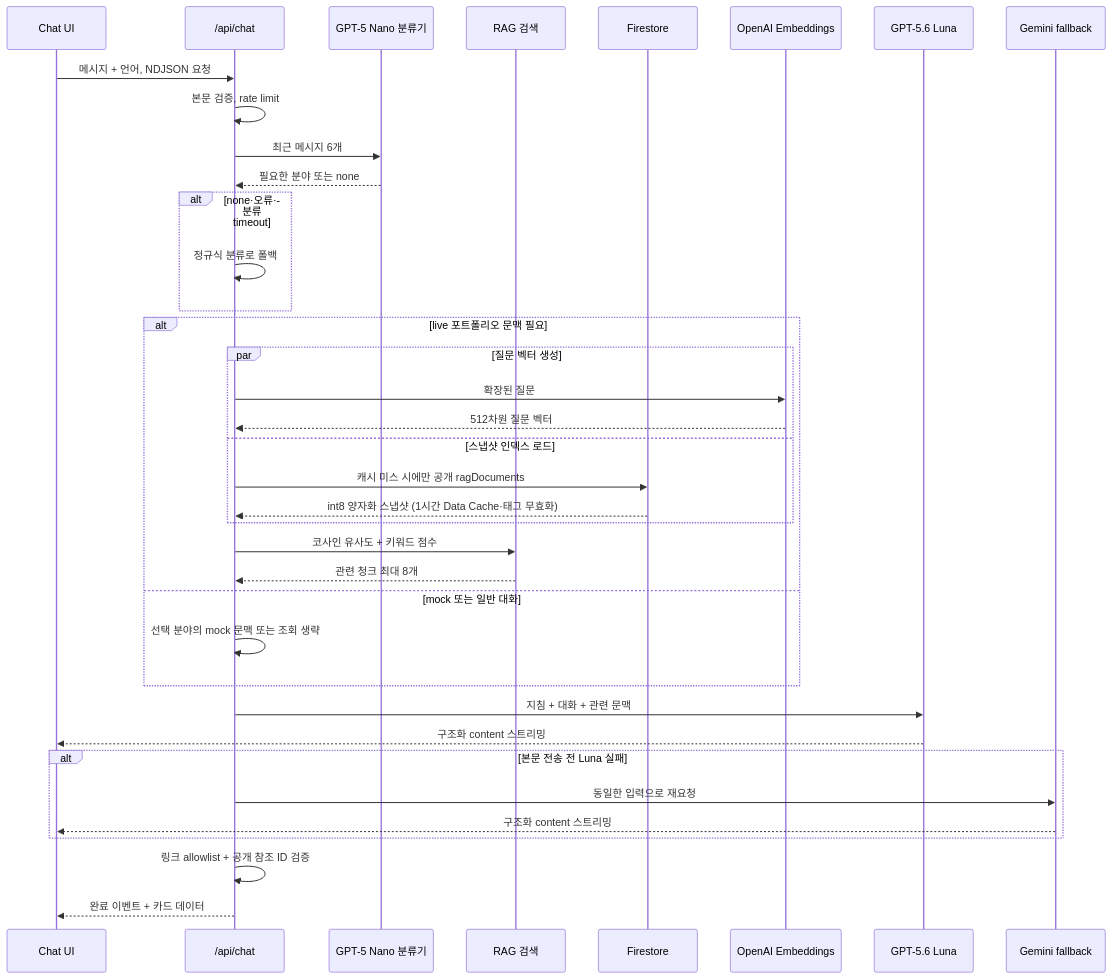
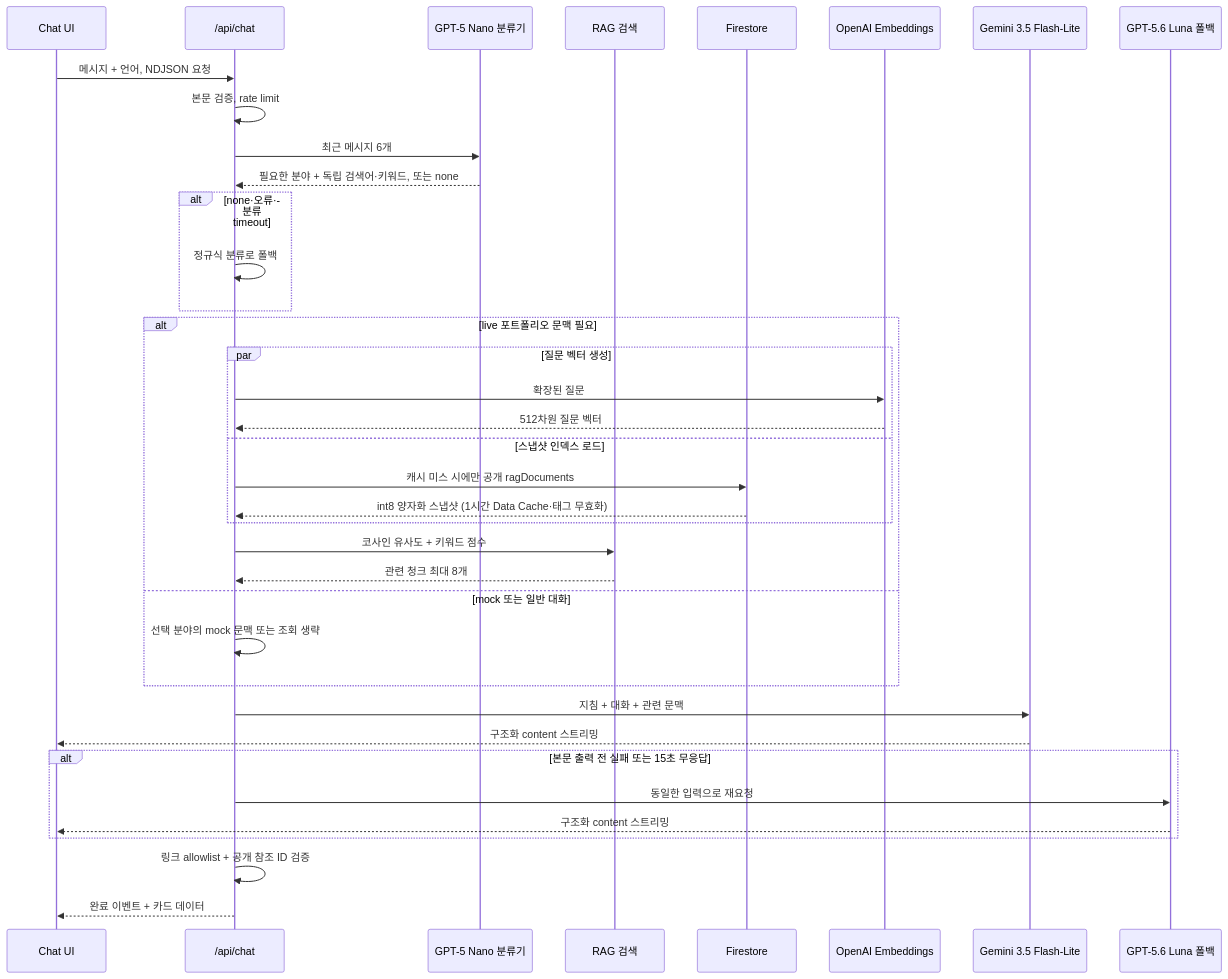
The second of 5 diagrams in docs/chatbot-search-architecture.md (SJLee-0525/aperture), drawn with Mermaid before and after one commit. The commit also changed other lines of this file, not shown here.

````diff
--- a/docs/chatbot-search-architecture.md
+++ b/docs/chatbot-search-architecture.md
@@ -81,40 +83,40 @@
 ```mermaid
 sequenceDiagram
     participant UI as Chat UI
     participant API as /api/chat
     participant N as GPT-5 Nano 분류기
     participant RAG as RAG 검색
     participant FS as Firestore
     participant EMB as OpenAI Embeddings
-    participant L as GPT-5.6 Luna
-    participant G as Gemini fallback
+    participant P as Gemini 3.5 Flash-Lite
+    participant O as GPT-5.6 Luna 폴백
 
     UI->>API: 메시지 + 언어, NDJSON 요청
     API->>API: 본문 검증, rate limit
     API->>N: 최근 메시지 6개
-    N-->>API: 필요한 분야 또는 none
+    N-->>API: 필요한 분야 + 독립 검색어·키워드, 또는 none
     alt none·오류·분류 timeout
         API->>API: 정규식 분류로 폴백
     end
     alt live 포트폴리오 문맥 필요
         par 질문 벡터 생성
             API->>EMB: 확장된 질문
             EMB-->>API: 512차원 질문 벡터
         and 스냅샷 인덱스 로드
             API->>FS: 캐시 미스 시에만 공개 ragDocuments
             FS-->>API: int8 양자화 스냅샷 (1시간 Data Cache·태그 무효화)
         end
         API->>RAG: 코사인 유사도 + 키워드 점수
         RAG-->>API: 관련 청크 최대 8개
     else mock 또는 일반 대화
         API->>API: 선택 분야의 mock 문맥 또는 조회 생략
     end
-    API->>L: 지침 + 대화 + 관련 문맥
-    L-->>UI: 구조화 content 스트리밍
-    alt 본문 전송 전 Luna 실패
-        API->>G: 동일한 입력으로 재요청
-        G-->>UI: 구조화 content 스트리밍
+    API->>P: 지침 + 대화 + 관련 문맥
+    P-->>UI: 구조화 content 스트리밍
+    alt 본문 출력 전 실패 또는 15초 무응답
+        API->>O: 동일한 입력으로 재요청
+        O-->>UI: 구조화 content 스트리밍
     end
     API->>API: 링크 allowlist + 공개 참조 ID 검증
     API-->>UI: 완료 이벤트 + 카드 데이터
 ```
````
